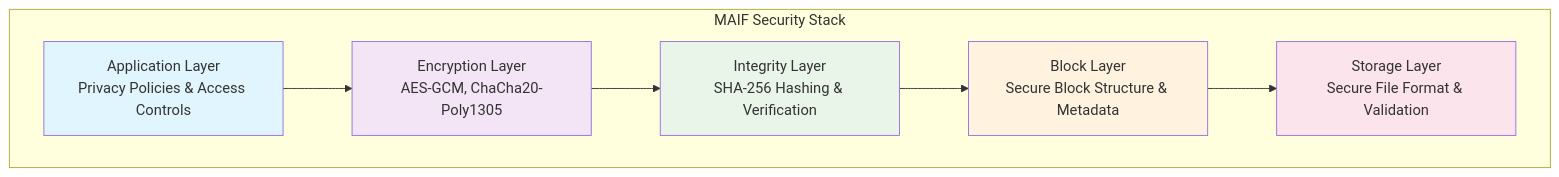
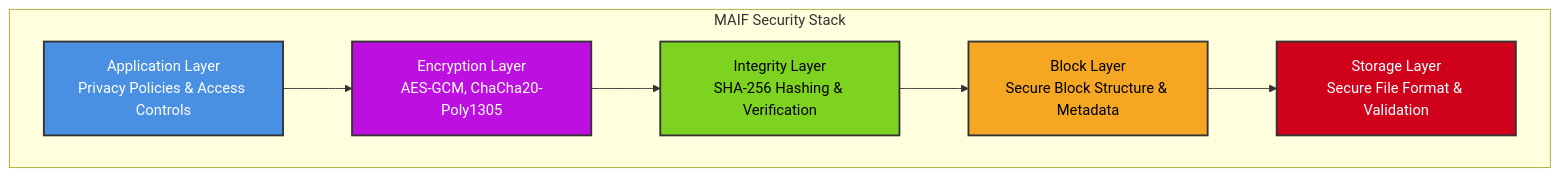
Before and after one commit to mbhatt1/maifscratch: the third of 24 diagrams in SECURITY_SPECIFICATION.md, drawn with Mermaid. The commit also changed other lines of this file, not shown here.

````diff
--- a/SECURITY_SPECIFICATION.md
+++ b/SECURITY_SPECIFICATION.md
@@ -154,21 +154,21 @@
 ```mermaid
 graph TB
     subgraph "MAIF Security Stack"
         A[Application Layer<br/>Privacy Policies & Access Controls]
         B[Encryption Layer<br/>AES-GCM, ChaCha20-Poly1305]
         C[Integrity Layer<br/>SHA-256 Hashing & Verification]
         D[Block Layer<br/>Secure Block Structure & Metadata]
         E[Storage Layer<br/>Secure File Format & Validation]
         
         A --> B
         B --> C
         C --> D
         D --> E
     end
     
-    style A fill:#e1f5fe
-    style B fill:#f3e5f5
-    style C fill:#e8f5e8
-    style D fill:#fff3e0
-    style E fill:#fce4ec
+    style A fill:#4A90E2,stroke:#333,stroke-width:2px,color:#fff
+    style B fill:#BD10E0,stroke:#333,stroke-width:2px,color:#fff
+    style C fill:#7ED321,stroke:#333,stroke-width:2px,color:#000
+    style D fill:#F5A623,stroke:#333,stroke-width:2px,color:#000
+    style E fill:#D0021B,stroke:#333,stroke-width:2px,color:#fff
 ```
````
